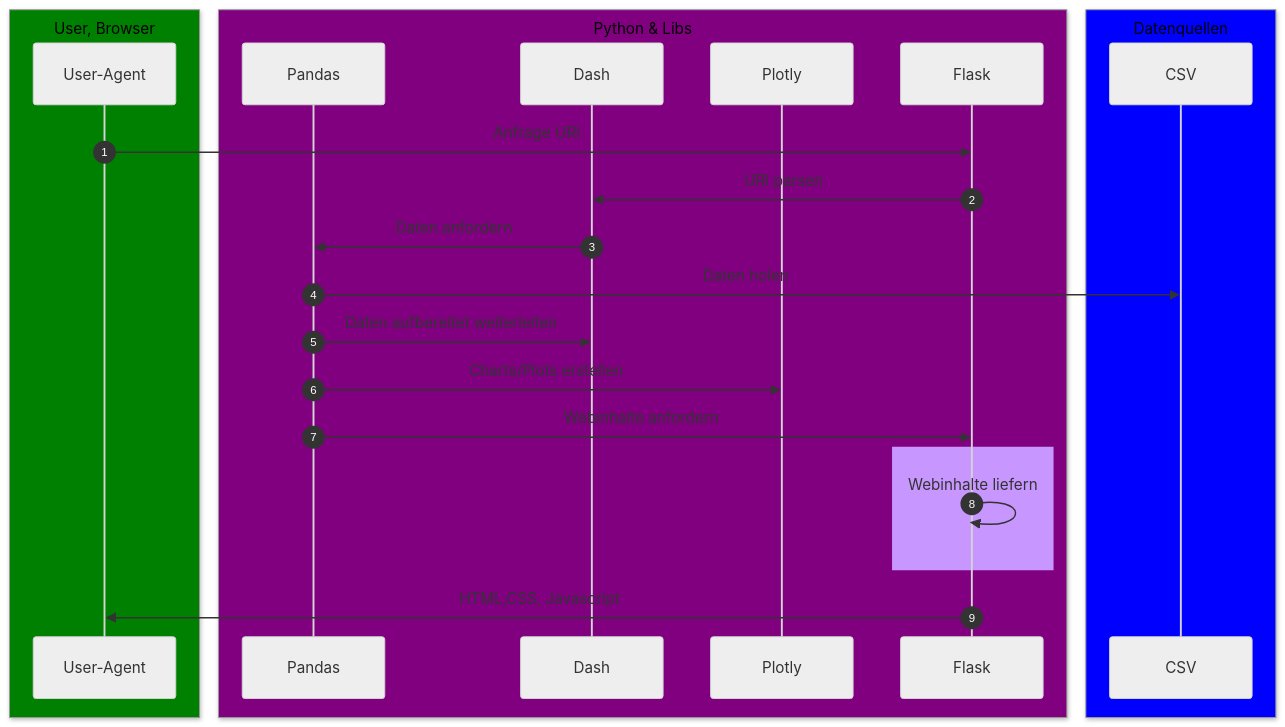
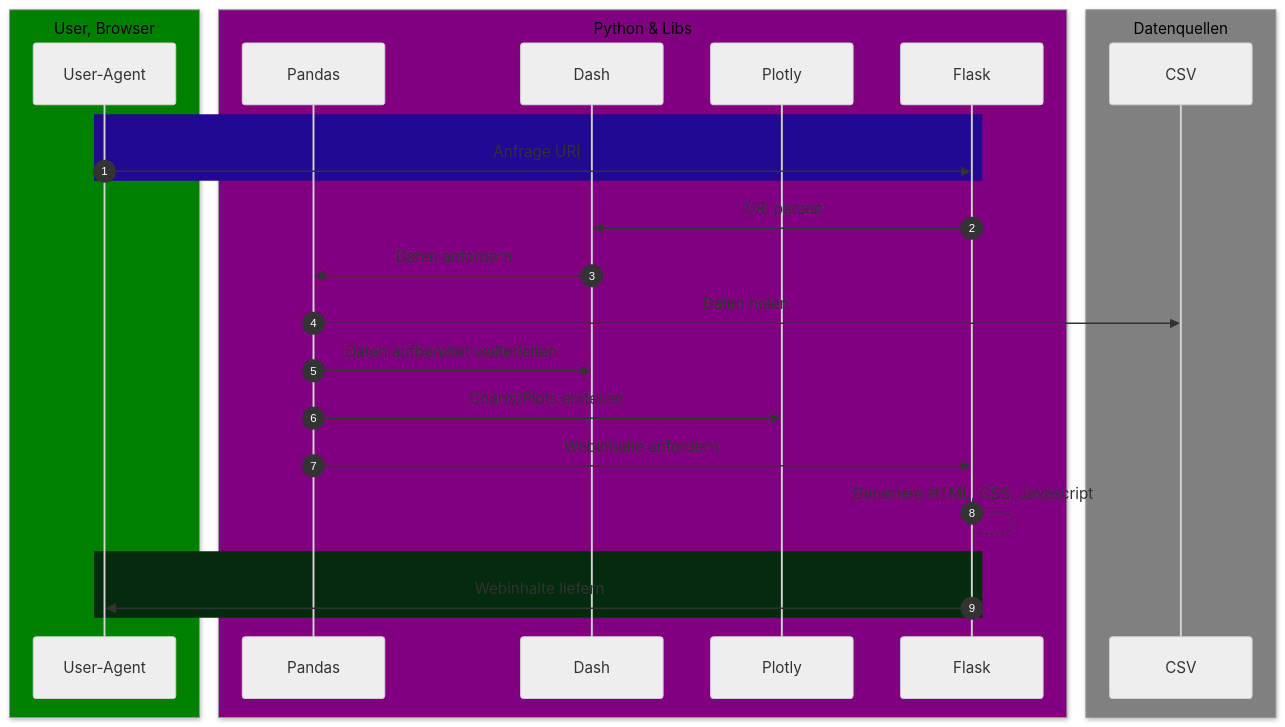
Before and after one commit to SchrodtSven/hca: the diagram in doq/dad2.md, drawn with Mermaid (neutral theme). The commit also changed 3 other files, not shown here.

````diff
--- a/doq/dad2.md
+++ b/doq/dad2.md
@@ -3,34 +3,36 @@
 ```mermaid
 sequenceDiagram
 autonumber
     
     box Green User, Browser
     participant User-Agent
     end
 
     box Purple Python & Libs
     participant Pandas
     participant Dash
     participant Plotly
     participant Flask
     end
 
-    box Blue Datenquellen
+    box gray Datenquellen
     participant CSV
     end
-
-    User-Agent->>Flask: Anfrage URI
+    rect rgba(35, 8, 146, 1)
+        User-Agent->>Flask: Anfrage URI
+    end
     Flask->>Dash: URI parsen
     Dash->>Pandas: Daten anfordern
     Pandas ->> CSV: Daten holen
     Pandas ->> Dash: Daten aufbereitet weiterleiten
     Pandas ->> Plotly: Charts/Plots erstellen
     Pandas ->> Flask: Webinhalte anfordern 
-    rect rgb(200, 150, 255)
-    Flask->>Flask: Webinhalte liefern
+    Flask --> Flask: Generiere HTML, CSS, Javascript
+    rect rgba(4, 43, 14, 1)
+    Flask->>User-Agent: Webinhalte liefern
     
     end
 
-    Flask->>User-Agent: HTML,CSS, Javascript
+   
    
 ```
````
